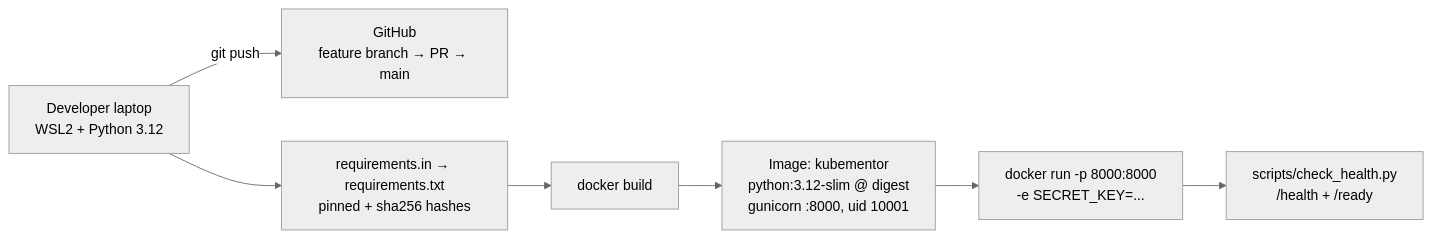
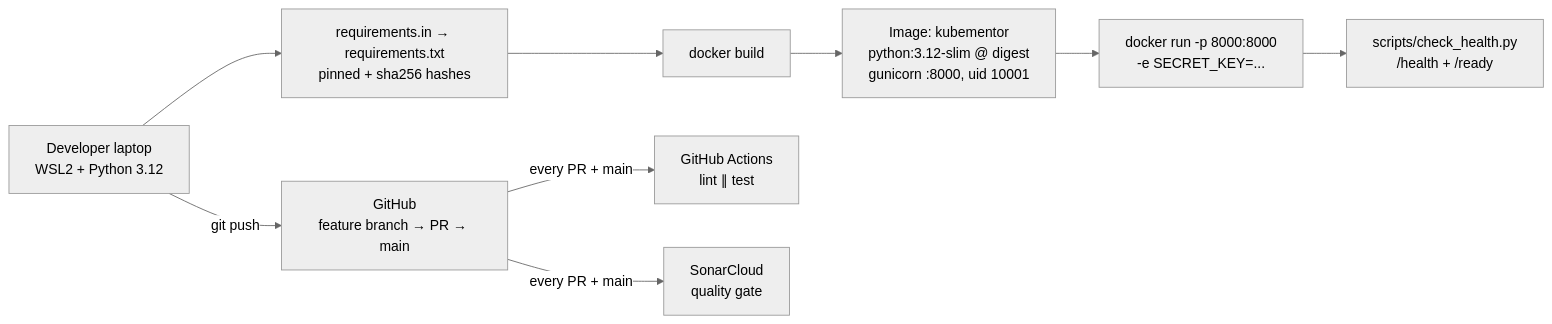
One commit to s12samola-wft/kubementor changed the first of 3 diagrams in docs/architecture.md. Above: the diagram before and after it, drawn with Mermaid (neutral theme). The commit also changed other lines of this file and 3 other files, not shown here.

Commit message:
docs: record CI round 1, SonarCloud fix and interview stories

````diff
--- a/docs/architecture.md
+++ b/docs/architecture.md
@@ -13,13 +13,18 @@
 ```mermaid
 flowchart LR
     dev["Developer laptop<br/>WSL2 + Python 3.12"]
     gh["GitHub<br/>feature branch → PR → main"]
     lock["requirements.in → requirements.txt<br/>pinned + sha256 hashes"]
     build["docker build"]
     image["Image: kubementor<br/>python:3.12-slim @ digest<br/>gunicorn :8000, uid 10001"]
     run["docker run -p 8000:8000<br/>-e SECRET_KEY=..."]
     check["scripts/check_health.py<br/>/health + /ready"]
 
+    ci["GitHub Actions<br/>lint ∥ test"]
+    sonar["SonarCloud<br/>quality gate"]
+
     dev -->|git push| gh
+    gh -->|every PR + main| ci
+    gh -->|every PR + main| sonar
     dev --> lock --> build --> image --> run --> check
 ```
````
